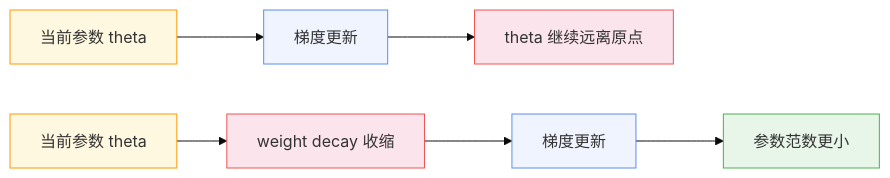
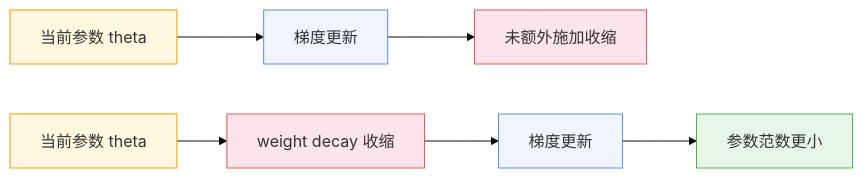
Before and after one commit to WryGill/wrygill.github.io: the first of 2 diagrams in posts/2026-06-30-regularization.md, drawn with Mermaid (base theme). The commit also changed other lines of this file and 13 other files, not shown here.

````diff
--- a/posts/2026-06-30-regularization.md
+++ b/posts/2026-06-30-regularization.md
@@ -99,17 +83,17 @@
 ```mermaid
 graph LR
     A["当前参数 theta"] --> B["梯度更新"]
-    B --> C["theta 继续远离原点"]
+    B --> C["未额外施加收缩"]
 
     D["当前参数 theta"] --> E["weight decay 收缩"]
     E --> F["梯度更新"]
     F --> G["参数范数更小"]
 
     style A fill:#fff8e1,stroke:#ff9800,color:#333
     style B fill:#f0f4ff,stroke:#5b8def,color:#333
     style C fill:#fce4ec,stroke:#ef5350,color:#333
     style D fill:#fff8e1,stroke:#ff9800,color:#333
     style E fill:#fce4ec,stroke:#ef5350,color:#333
     style F fill:#f0f4ff,stroke:#5b8def,color:#333
     style G fill:#e8f5e9,stroke:#4caf50,color:#333
 ```
````
